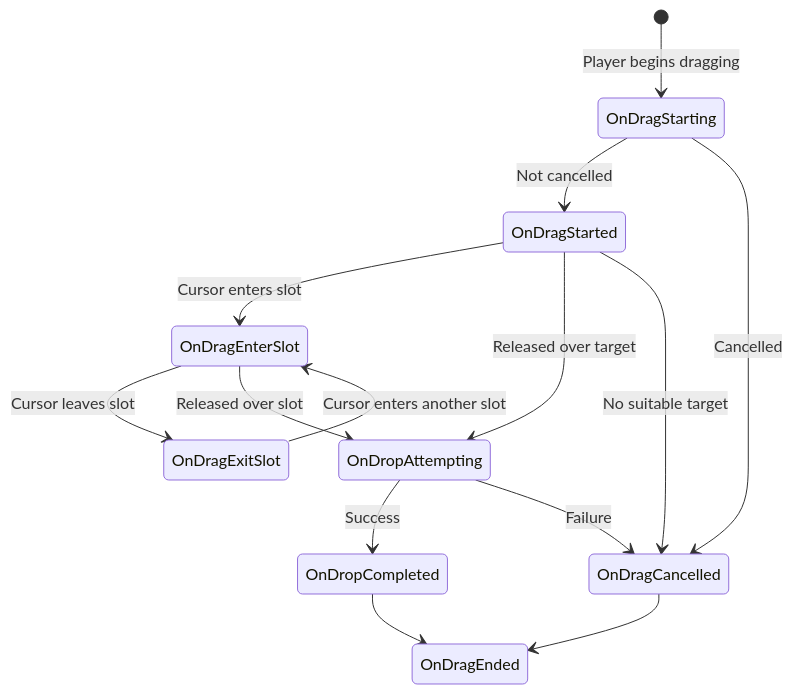
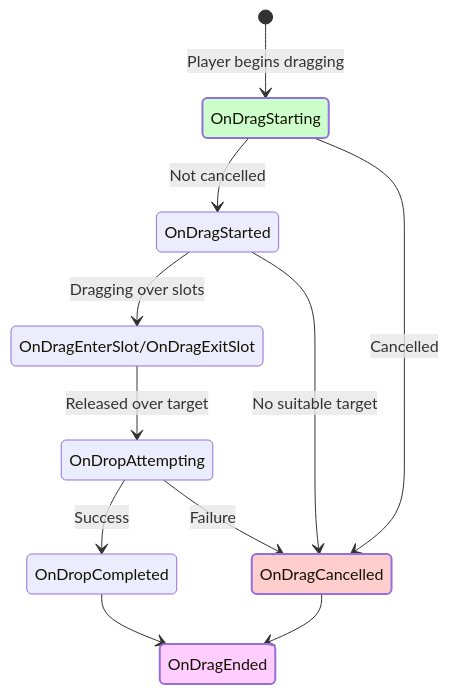
Before and after one commit to SergeevSergey99/DragAndDropSystem-Docs: the first of 2 diagrams in .docs/content/reference/events.en.md, drawn with Mermaid. The commit also changed 1 other file, not shown here.

Commit message:
фикс графиков

````diff
--- a/.docs/content/reference/events.en.md
+++ b/.docs/content/reference/events.en.md
@@ -9,16 +9,23 @@
 ```mermaid
 stateDiagram-v2
+    classDef dragEnded fill:#f4f4,stroke-width:2px
+    classDef dragCancelled fill:#f444,stroke-width:2px
+    classDef dragStarted fill:#4F44,stroke-width:2px
+    classDef dragOver fill:#8884,stroke-width:2px
+
     [*] --> OnDragStarting: Player begins dragging
     OnDragStarting --> OnDragStarted: Not cancelled
     OnDragStarting --> OnDragCancelled: Cancelled
-    OnDragStarted --> OnDragEnterSlot: Cursor enters slot
-    OnDragEnterSlot --> OnDragExitSlot: Cursor leaves slot
-    OnDragExitSlot --> OnDragEnterSlot: Cursor enters another slot
-    OnDragStarted --> OnDropAttempting: Released over target
-    OnDragEnterSlot --> OnDropAttempting: Released over slot
+    OnDragStarted --> OnDragEnterSlot/OnDragExitSlot: Dragging over slots
+    OnDragEnterSlot/OnDragExitSlot --> OnDropAttempting: Released over target
     OnDragStarted --> OnDragCancelled: No suitable target
     OnDropAttempting --> OnDropCompleted: Success
     OnDropAttempting --> OnDragCancelled: Failure
     OnDropCompleted --> OnDragEnded
     OnDragCancelled --> OnDragEnded
+
+   class OnDragEnterSlot/OnDragExitSlot dragOver
+   class OnDragStarting dragStarted
+   class OnDragCancelled dragCancelled
+   class OnDragEnded dragEnded
 ```
````
